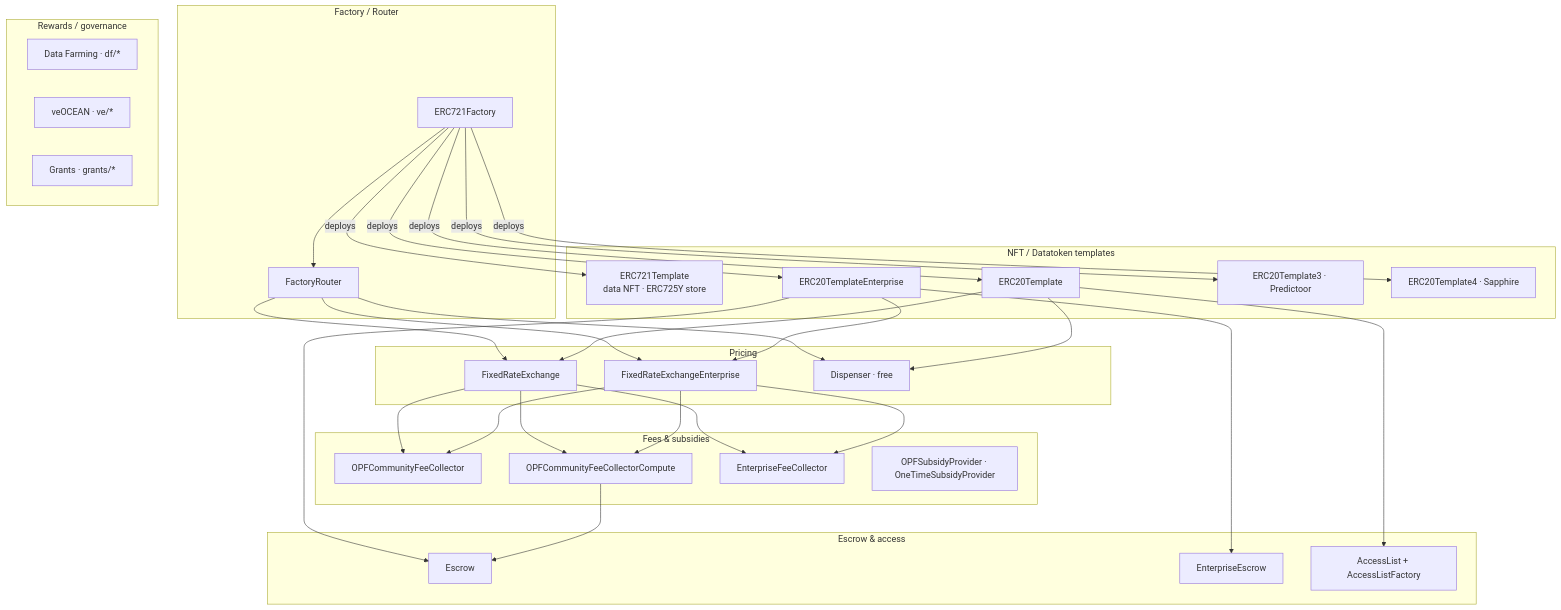
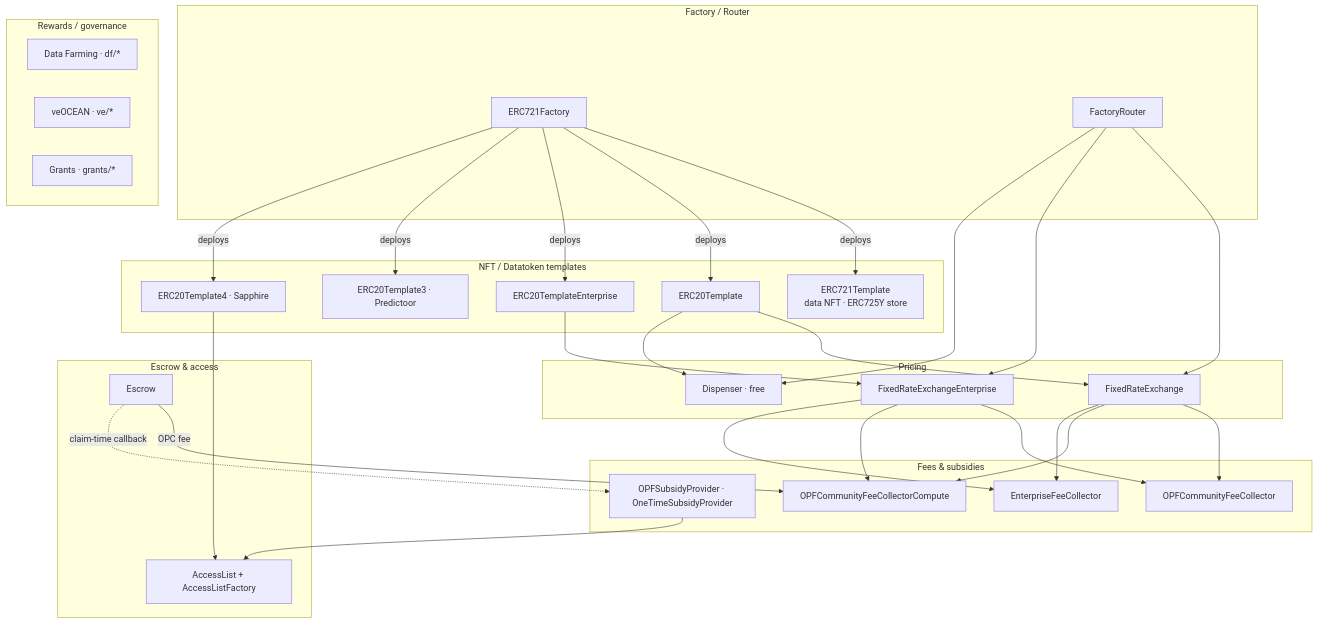
One commit to oceanprotocol/contracts changed the diagram in README.md. Above: the diagram before and after it, drawn with Mermaid. The commit also changed other lines of this file, not shown here.

````diff
--- a/README.md
+++ b/README.md
@@ -34,51 +34,50 @@
 ```mermaid
 flowchart TD
   subgraph Templates["NFT / Datatoken templates"]
     NFT[ERC721Template<br/>data NFT · ERC725Y store]
     DT[ERC20Template]
     DTE[ERC20TemplateEnterprise]
     DT3[ERC20Template3 · Predictoor]
     DT4[ERC20Template4 · Sapphire]
   end
 
   subgraph FactoryRouter["Factory / Router"]
     F[ERC721Factory]
     R[FactoryRouter]
   end
 
   subgraph Pricing["Pricing"]
     FRE[FixedRateExchange]
     FREE[FixedRateExchangeEnterprise]
     DISP[Dispenser · free]
   end
 
   subgraph Settlement["Escrow & access"]
     ESC[Escrow]
-    EESC[EnterpriseEscrow]
     AL[AccessList + AccessListFactory]
   end
 
   subgraph Fees["Fees & subsidies"]
     OPF[OPFCommunityFeeCollector]
     OPFC[OPFCommunityFeeCollectorCompute]
     EFC[EnterpriseFeeCollector]
     SUB[OPFSubsidyProvider · OneTimeSubsidyProvider]
   end
 
   subgraph Incentives["Rewards / governance"]
     DF[Data Farming · df/*]
     VE[veOCEAN · ve/*]
     GR[Grants · grants/*]
   end
 
   F -->|deploys| NFT
   F -->|deploys| DT & DTE & DT3 & DT4
-  F --> R
   R --> FRE & FREE & DISP
   DT --> FRE & DISP
   DTE --> FREE
   FRE & FREE --> OPF & OPFC & EFC
-  DTE --> ESC & EESC
-  DT --> AL
-  OPFC --> ESC
+  DT4 --> AL
+  SUB --> AL
+  ESC -->|OPC fee| OPFC
+  ESC -.->|claim-time callback| SUB
 ```
````
